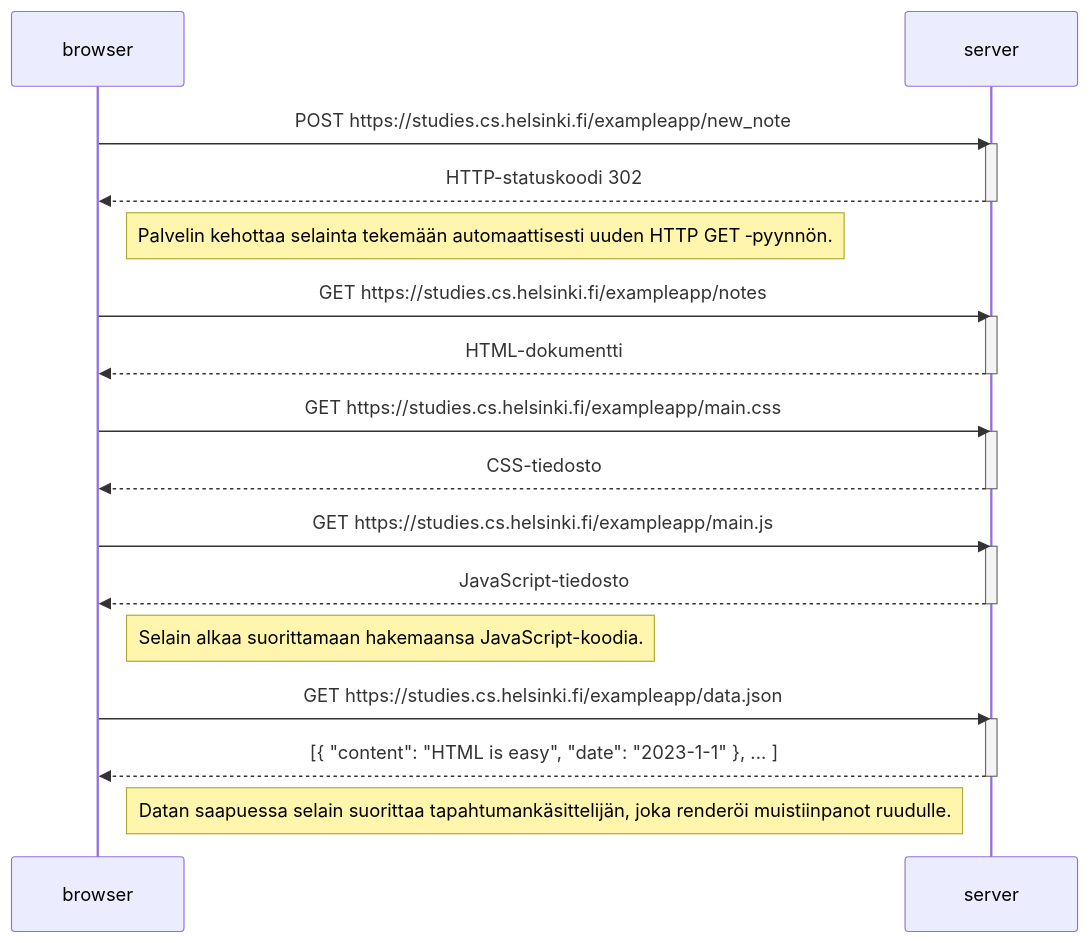
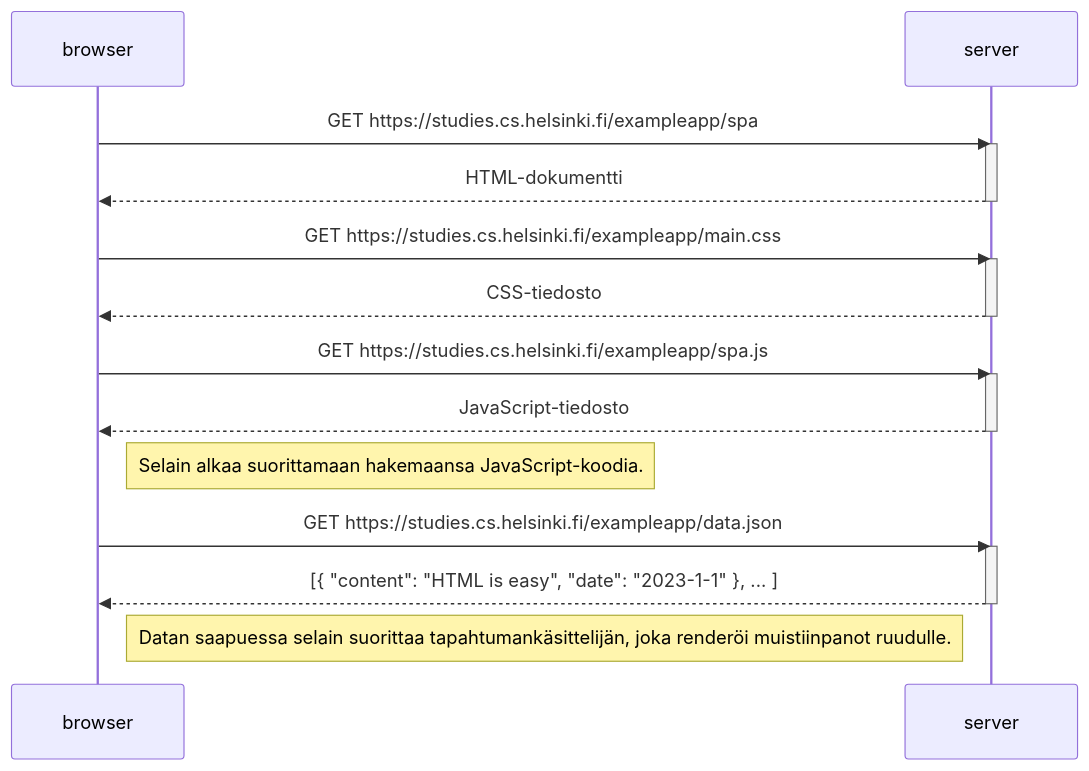
Before and after one commit to toivoantero/FullStack-UniversityOfHelsinki: the diagram in osa0/0.5.md, drawn with Mermaid.

Commit message:
tehtävä 0.5 täydennetty valmiiksi

````diff
--- a/osa0/0.5.md
+++ b/osa0/0.5.md
@@ -2,38 +2,31 @@
 ```mermaid
 
 sequenceDiagram
     participant browser
     participant server
-
-    browser->>server: POST https://studies.cs.helsinki.fi/exampleapp/new_note
-    activate server
-    server-->>browser: HTTP-statuskoodi 302
-    deactivate server
-
-    Note right of browser: Palvelin kehottaa selainta tekemään automaattisesti uuden HTTP GET ‑pyynnön.
     
-    browser->>server: GET https://studies.cs.helsinki.fi/exampleapp/notes
+    browser->>server: GET https://studies.cs.helsinki.fi/exampleapp/spa
     activate server
     server-->>browser: HTML-dokumentti
     deactivate server
     
     browser->>server: GET https://studies.cs.helsinki.fi/exampleapp/main.css
     activate server
     server-->>browser: CSS-tiedosto
     deactivate server
     
-    browser->>server: GET https://studies.cs.helsinki.fi/exampleapp/main.js
+    browser->>server: GET https://studies.cs.helsinki.fi/exampleapp/spa.js
     activate server
     server-->>browser: JavaScript-tiedosto
     deactivate server
     
     Note right of browser: Selain alkaa suorittamaan hakemaansa JavaScript-koodia.
     
     browser->>server: GET https://studies.cs.helsinki.fi/exampleapp/data.json
     activate server
     server-->>browser: [{ "content": "HTML is easy", "date": "2023-1-1" }, ... ]
     deactivate server    
 
     Note right of browser: Datan saapuessa selain suorittaa tapahtumankäsittelijän, joka renderöi muistiinpanot ruudulle.
 
 ```
````
